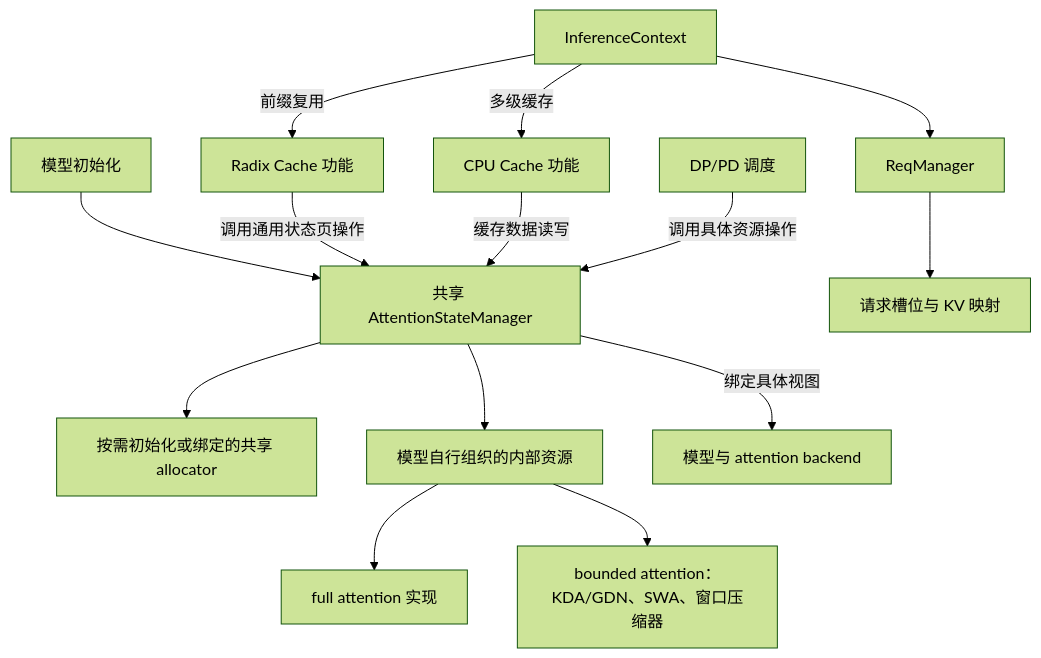
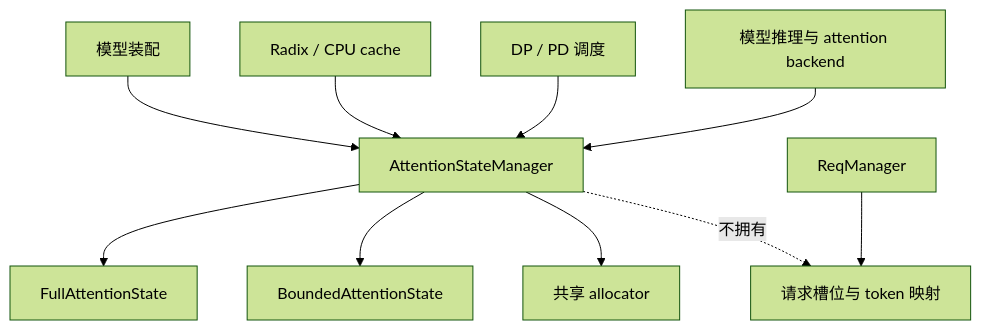
One commit to ModelTC/LightLLM changed the diagram in docs/cache_manager_design.md. Above: the diagram before and after it, drawn with Mermaid (forest theme). The commit also changed other lines of this file, not shown here.

Commit message:
docs: simplify attention resource design

````diff
--- a/docs/cache_manager_design.md
+++ b/docs/cache_manager_design.md
@@ -77,16 +20,12 @@
 ```mermaid
 flowchart TD
-    Model[模型初始化] --> Concrete[共享 AttentionStateManager]
-    Context[InferenceContext] --> Req[ReqManager]
-    Req --> Slots[请求槽位与 KV 映射]
-    Context -->|前缀复用| Radix[Radix Cache 功能]
-    Context -->|多级缓存| CPU[CPU Cache 功能]
-    Radix -->|调用通用状态页操作| Concrete
-    CPU -->|缓存数据读写| Concrete
-    Concrete --> Alloc[按需初始化或绑定的共享 allocator]
-    Concrete --> Internal[模型自行组织的内部资源]
-    Internal --> Full[full attention 实现]
-    Internal --> Bounded[bounded attention：KDA/GDN、SWA、窗口压缩器]
-    Concrete -->|绑定具体视图| Forward[模型与 attention backend]
-    Transport[DP/PD 调度] -->|调用具体资源操作| Concrete
+    Model[模型装配] --> Manager[AttentionStateManager]
+    Manager --> Full[FullAttentionState]
+    Manager --> Bounded[BoundedAttentionState]
+    Manager --> Alloc[共享 allocator]
+    Request[ReqManager] --> Mapping[请求槽位与 token 映射]
+    Cache[Radix / CPU cache] --> Manager
+    Transport[DP / PD 调度] --> Manager
+    Forward[模型推理与 attention backend] --> Manager
+    Manager -.不拥有.-> Mapping
 ```
````
